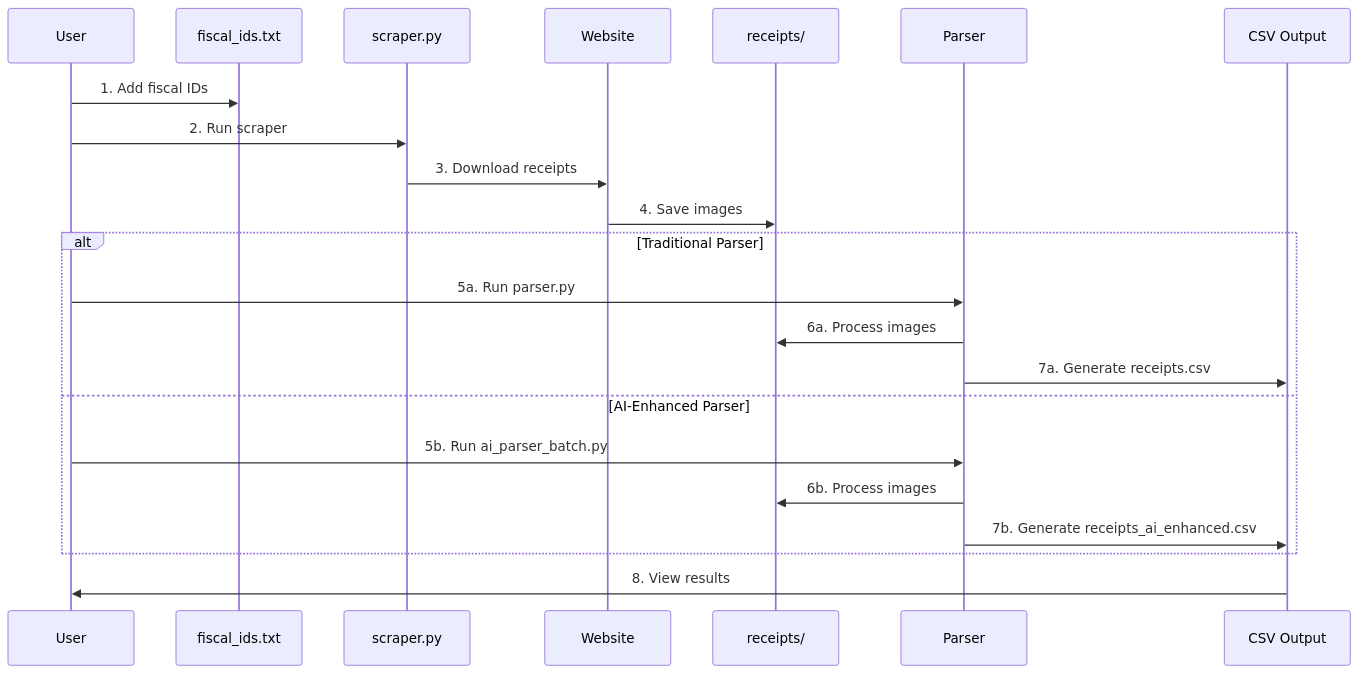
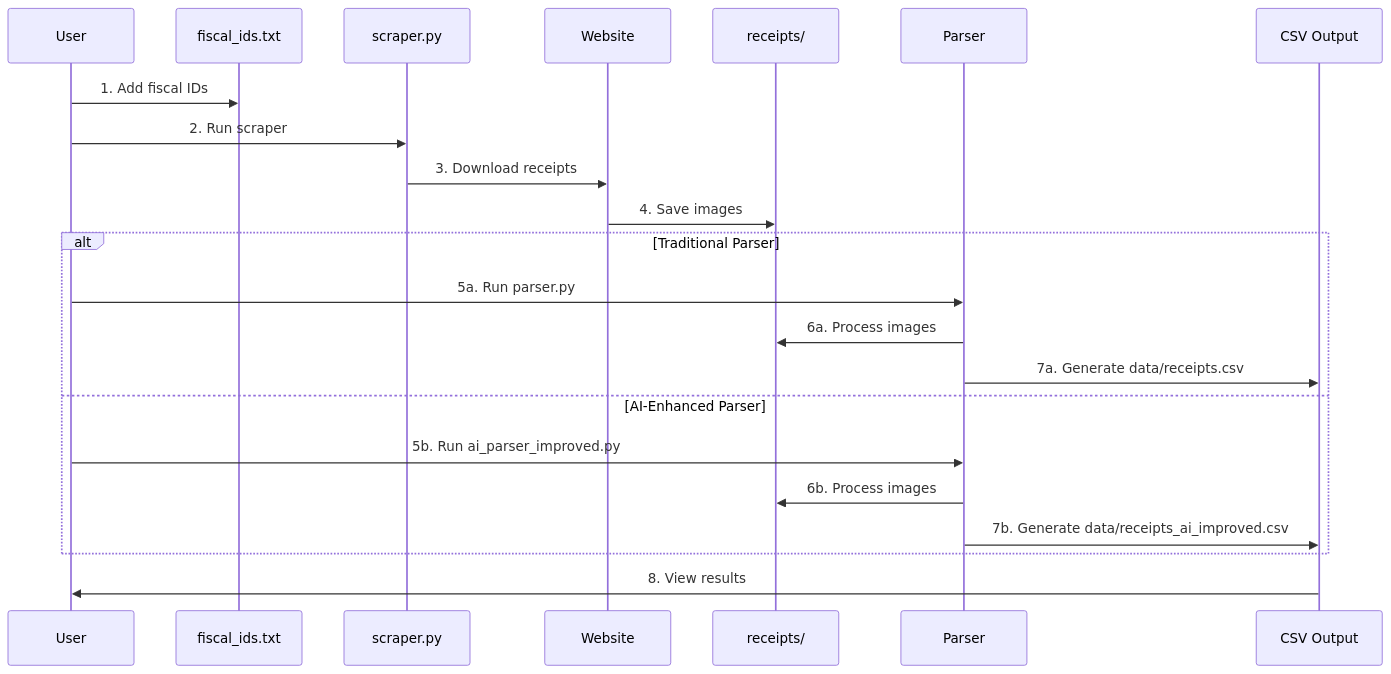
Before and after one commit to scraper-bots/receipt_data: the fourth of 8 diagrams in README.md, drawn with Mermaid. The commit also changed other lines of this file and 68 other files, not shown here.

````diff
--- a/README.md
+++ b/README.md
@@ -269,27 +271,27 @@
 ```mermaid
 sequenceDiagram
     participant U as User
     participant F as fiscal_ids.txt
     participant S as scraper.py
     participant W as Website
     participant R as receipts/
     participant P as Parser
     participant C as CSV Output
     
     U->>F: 1. Add fiscal IDs
     U->>S: 2. Run scraper
     S->>W: 3. Download receipts
     W->>R: 4. Save images
     
     alt Traditional Parser
         U->>P: 5a. Run parser.py
         P->>R: 6a. Process images
-        P->>C: 7a. Generate receipts.csv
+        P->>C: 7a. Generate data/receipts.csv
     else AI-Enhanced Parser
-        U->>P: 5b. Run ai_parser_batch.py
+        U->>P: 5b. Run ai_parser_improved.py
         P->>R: 6b. Process images
-        P->>C: 7b. Generate receipts_ai_enhanced.csv
+        P->>C: 7b. Generate data/receipts_ai_improved.csv
     end
     
     C->>U: 8. View results
 ```
````
